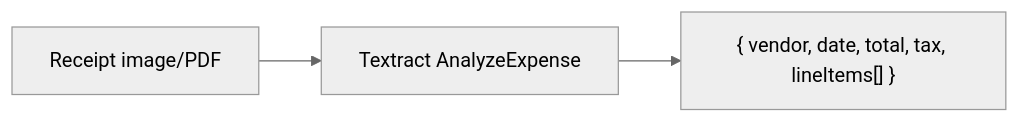
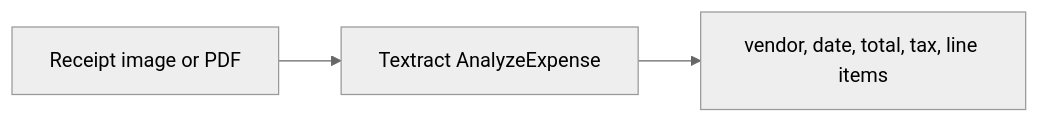
Diagram 13 of 23 in docs/AWS-SERVICES.md (Nikorshun/autoexpense), drawn with Mermaid (neutral theme) before and after one commit. The commit also changed other lines of this file and 3 other files, not shown here.

First line of the commit message:
Make all docs Mermaid diagrams GitHub-safe

````diff
--- a/docs/AWS-SERVICES.md
+++ b/docs/AWS-SERVICES.md
@@ -275,5 +275,5 @@
 ```mermaid
 flowchart LR
-    Img["Receipt image/PDF"] --> TX["Textract AnalyzeExpense"]
-    TX --> F["{ vendor, date, total, tax, lineItems[] }"]
+    Img["Receipt image or PDF"] --> TX["Textract AnalyzeExpense"]
+    TX --> F["vendor, date, total, tax, line items"]
 ```
````
